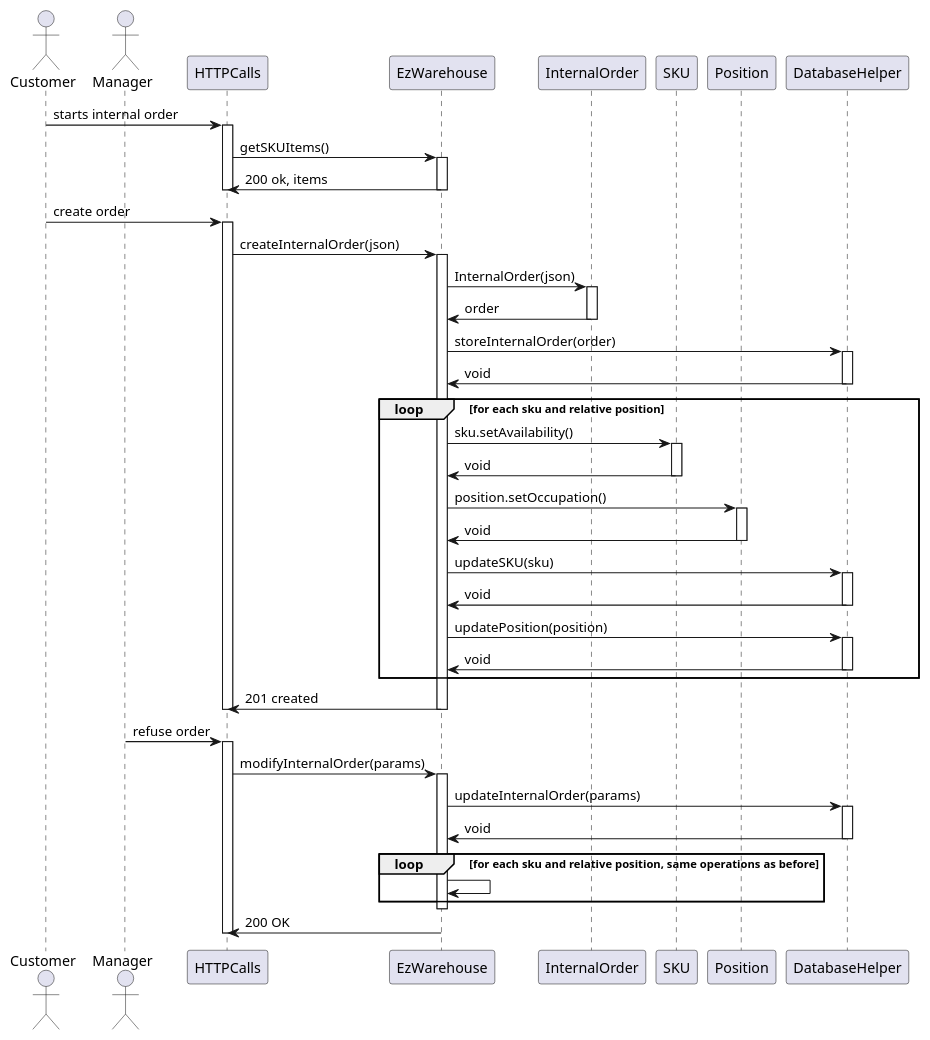
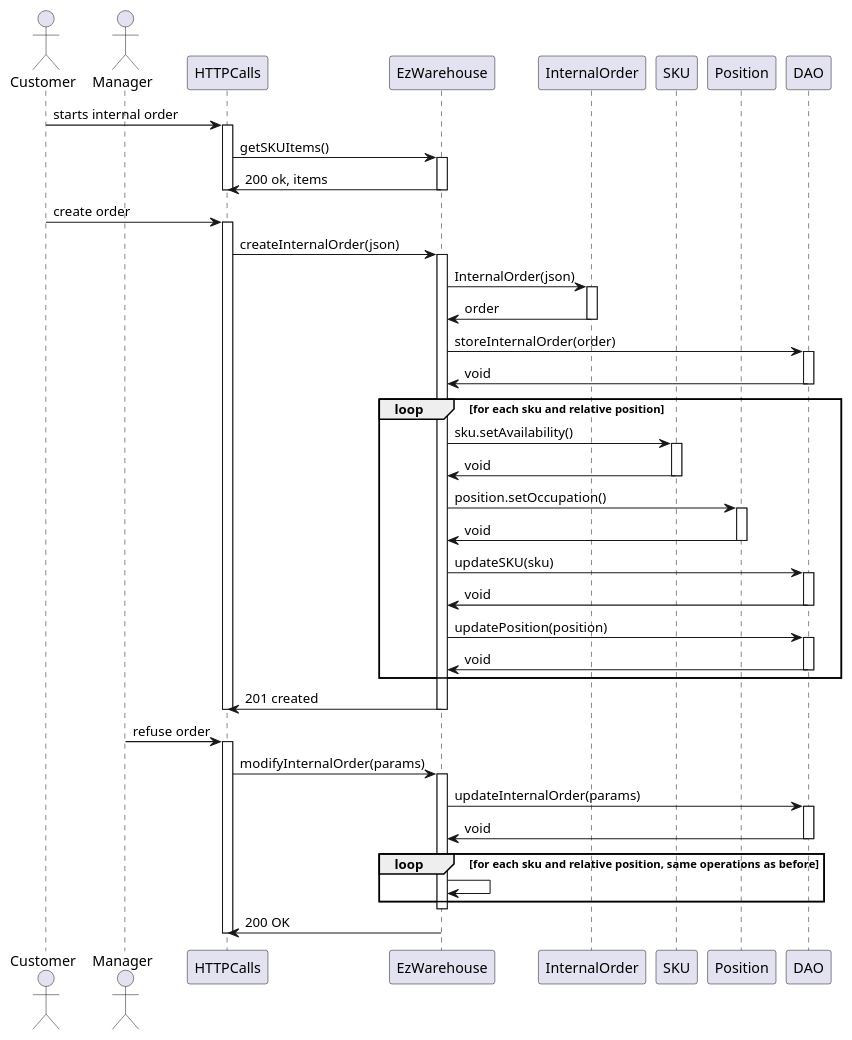
One commit to DavideArcolini/SoftEng_garbageCollector changed diagram 16 of 19 in DESIGN PART/DesignDocument.md. Above: the diagram before and after it, drawn with PlantUML. The commit also changed other lines of this file, not shown here.

````diff
--- a/DESIGN PART/DesignDocument.md
+++ b/DESIGN PART/DesignDocument.md
@@ -1161,70 +1092,70 @@
 ```plantuml
 actor Customer as C
 actor Manager as M
 
 participant HTTPCalls as H
 participant EzWarehouse as ezwh
 participant InternalOrder as I
 participant SKU as S
 participant Position as P
-participant DatabaseHelper as DH
+participant DAO as DAO
 
 C -> H : starts internal order
 activate H
 H -> ezwh : getSKUItems()
 activate ezwh
 ezwh -> H : 200 ok, items
 deactivate ezwh
 deactivate H
 
 C -> H : create order
 activate H
 H -> ezwh : createInternalOrder(json)
 activate ezwh
 ezwh -> I : InternalOrder(json)
 activate I
 ezwh <- I : order
 deactivate I
-ezwh -> DH : storeInternalOrder(order)
-activate DH
-ezwh <- DH : void
-deactivate DH
+ezwh -> DAO : storeInternalOrder(order)
+activate DAO
+ezwh <- DAO : void
+deactivate DAO
 
 loop for each sku and relative position
 ezwh -> S : sku.setAvailability()
 activate S
 S -> ezwh : void
 deactivate S
 ezwh -> P : position.setOccupation()
 activate P
 P -> ezwh : void
 deactivate P
-ezwh -> DH : updateSKU(sku)
-activate DH
-DH -> ezwh : void
-deactivate DH
-ezwh -> DH : updatePosition(position)
-activate DH
-DH -> ezwh : void
-deactivate DH
+ezwh -> DAO : updateSKU(sku)
+activate DAO
+DAO -> ezwh : void
+deactivate DAO
+ezwh -> DAO : updatePosition(position)
+activate DAO
+DAO -> ezwh : void
+deactivate DAO
 end
 ezwh -> H : 201 created
 deactivate ezwh
 deactivate H
 
 M -> H : refuse order
 activate H
 H -> ezwh : modifyInternalOrder(params)
 activate ezwh
-ezwh -> DH : updateInternalOrder(params)
-activate DH
-ezwh <- DH: void
-deactivate DH
+ezwh -> DAO : updateInternalOrder(params)
+activate DAO
+ezwh <- DAO: void
+deactivate DAO
 
 loop for each sku and relative position, same operations as before
 ezwh -> ezwh
 end
 deactivate ezwh
 ezwh -> H : 200 OK
 deactivate H
 ```
````
